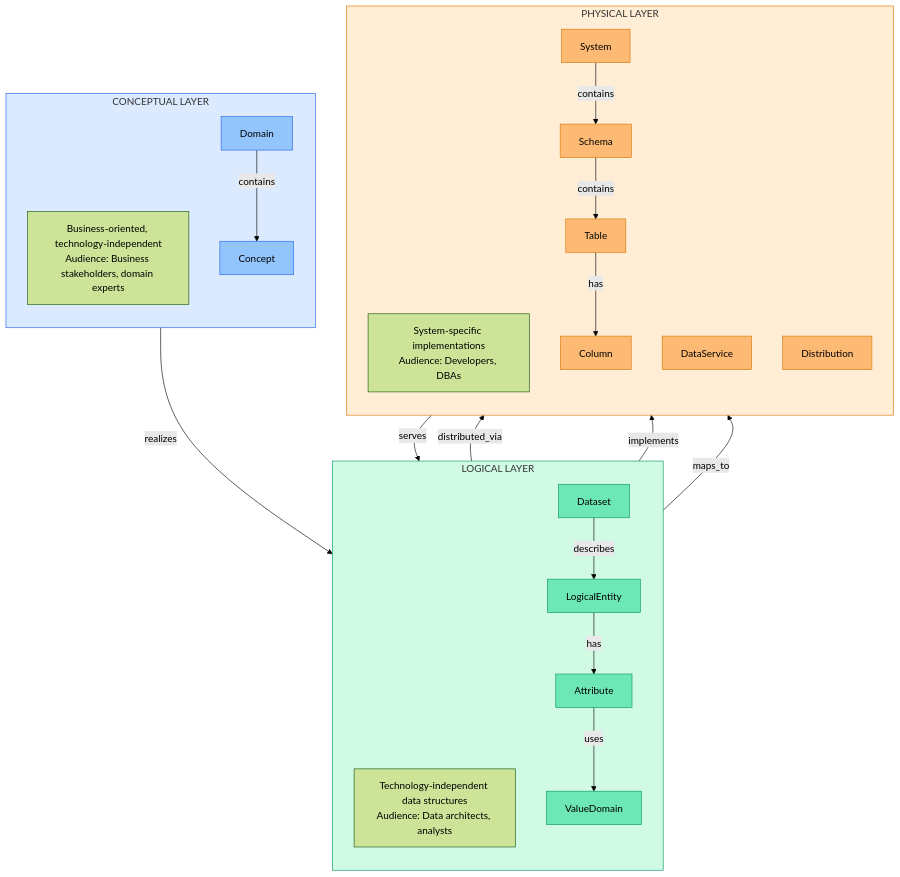
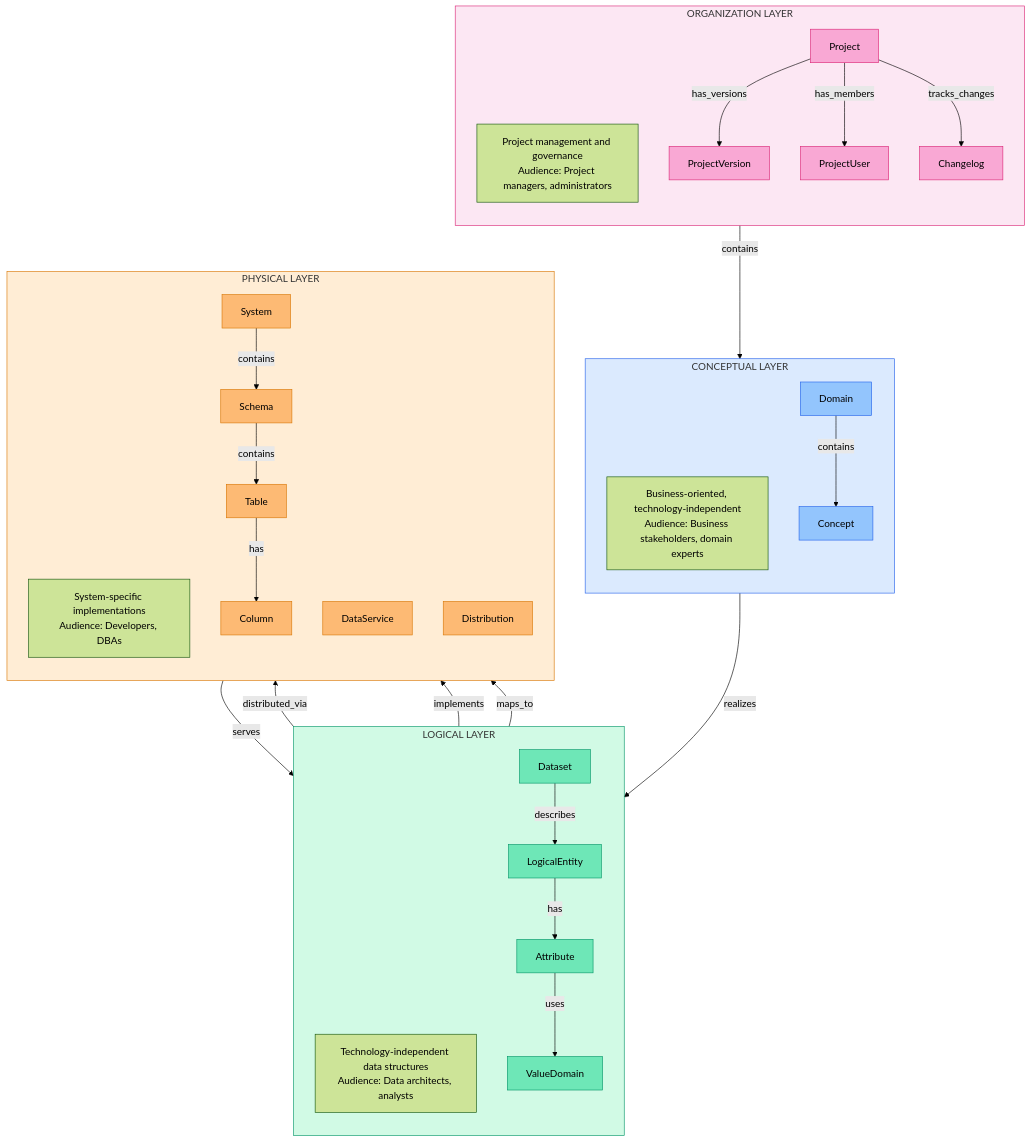
Before and after one commit to davras5/meta-atlas: the first of 4 diagrams in documentation/DATABASE.md, drawn with Mermaid (forest theme). The commit also changed other lines of this file, not shown here.

````diff
--- a/documentation/DATABASE.md
+++ b/documentation/DATABASE.md
@@ -121,58 +121,76 @@
 ```mermaid
 flowchart TB
+    subgraph ORGANIZATION["ORGANIZATION LAYER"]
+        direction TB
+        O_DESC["Project management and governance<br/>Audience: Project managers, administrators"]
+        Project["Project"]
+        ProjectVersion["ProjectVersion"]
+        Changelog["Changelog"]
+        ProjectUser["ProjectUser"]
+        Project -->|has_versions| ProjectVersion
+        Project -->|has_members| ProjectUser
+        Project -->|tracks_changes| Changelog
+    end
+
     subgraph CONCEPTUAL["CONCEPTUAL LAYER"]
         direction TB
         C_DESC["Business-oriented, technology-independent<br/>Audience: Business stakeholders, domain experts"]
         Domain["Domain"]
         Concept["Concept"]
         Domain -->|contains| Concept
     end
 
     subgraph LOGICAL["LOGICAL LAYER"]
         direction TB
         L_DESC["Technology-independent data structures<br/>Audience: Data architects, analysts"]
         Dataset["Dataset"]
         LogicalEntity["LogicalEntity"]
         Attribute["Attribute"]
         ValueDomain["ValueDomain"]
         Dataset -->|describes| LogicalEntity
         LogicalEntity -->|has| Attribute
         Attribute -->|uses| ValueDomain
     end
 
     subgraph PHYSICAL["PHYSICAL LAYER"]
         direction TB
         P_DESC["System-specific implementations<br/>Audience: Developers, DBAs"]
         System["System"]
         Schema["Schema"]
         Table["Table"]
         Column["Column"]
         DataService["DataService"]
         Distribution["Distribution"]
         System -->|contains| Schema
         Schema -->|contains| Table
         Table -->|has| Column
         DataService -->|serves| Dataset
         Dataset -->|distributed_via| Distribution
     end
 
+    Project -->|contains| Domain
     Concept -->|realizes| LogicalEntity
     LogicalEntity -->|implements| Table
     Attribute -->|maps_to| Column
 
+    style ORGANIZATION fill:#fce7f3,stroke:#db2777
     style CONCEPTUAL fill:#dbeafe,stroke:#2563eb
     style LOGICAL fill:#d1fae5,stroke:#059669
     style PHYSICAL fill:#ffedd5,stroke:#d97706
+    style Project fill:#f9a8d4,stroke:#db2777
+    style ProjectVersion fill:#f9a8d4,stroke:#db2777
+    style Changelog fill:#f9a8d4,stroke:#db2777
+    style ProjectUser fill:#f9a8d4,stroke:#db2777
     style Domain fill:#93c5fd,stroke:#2563eb
     style Concept fill:#93c5fd,stroke:#2563eb
     style Dataset fill:#6ee7b7,stroke:#059669
     style LogicalEntity fill:#6ee7b7,stroke:#059669
     style Attribute fill:#6ee7b7,stroke:#059669
     style ValueDomain fill:#6ee7b7,stroke:#059669
     style System fill:#fdba74,stroke:#d97706
     style Schema fill:#fdba74,stroke:#d97706
     style Table fill:#fdba74,stroke:#d97706
     style Column fill:#fdba74,stroke:#d97706
     style DataService fill:#fdba74,stroke:#d97706
     style Distribution fill:#fdba74,stroke:#d97706
 ```
````
